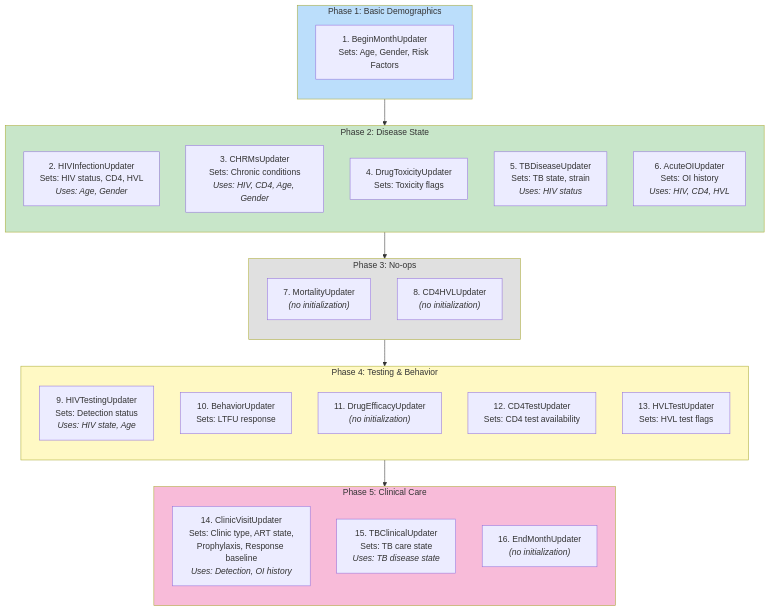
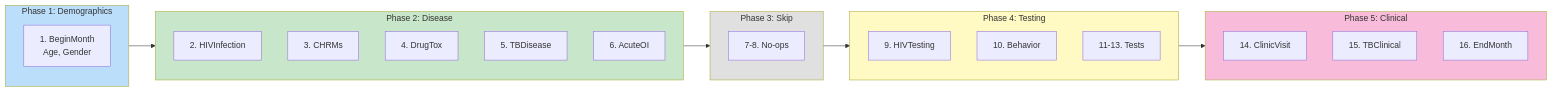
One commit to elithecat/CEPAC changed the second of 8 diagrams in docs/patient_initialization_guide.md. Above: the diagram before and after it, drawn with Mermaid. The commit also changed other lines of this file, not shown here.

First line of the commit message:
Fix Mermaid diagram overlaps and cat drinks YOUR water

````diff
--- a/docs/patient_initialization_guide.md
+++ b/docs/patient_initialization_guide.md
@@ -64,49 +64,38 @@
 ```mermaid
-flowchart TD
-    subgraph Phase1["Phase 1: Basic Demographics"]
-        direction TB
-        BMU["1. BeginMonthUpdater<br/>Sets: Age, Gender, Risk Factors"]
+flowchart LR
+    subgraph Phase1["Phase 1: Demographics"]
+        BMU["1. BeginMonth<br/>Age, Gender"]
     end
 
-    subgraph Phase2["Phase 2: Disease State"]
-        direction TB
-        HIU["2. HIVInfectionUpdater<br/>Sets: HIV status, CD4, HVL<br/><i>Uses: Age, Gender</i>"]
-        CHU["3. CHRMsUpdater<br/>Sets: Chronic conditions<br/><i>Uses: HIV, CD4, Age, Gender</i>"]
-        DTU["4. DrugToxicityUpdater<br/>Sets: Toxicity flags"]
-        TDU["5. TBDiseaseUpdater<br/>Sets: TB state, strain<br/><i>Uses: HIV status</i>"]
-        AOU["6. AcuteOIUpdater<br/>Sets: OI history<br/><i>Uses: HIV, CD4, HVL</i>"]
+    subgraph Phase2["Phase 2: Disease"]
+        HIU["2. HIVInfection"]
+        CHU["3. CHRMs"]
+        DTU["4. DrugTox"]
+        TDU["5. TBDisease"]
+        AOU["6. AcuteOI"]
     end
 
-    subgraph Phase3["Phase 3: No-ops"]
-        direction TB
-        MOU["7. MortalityUpdater<br/><i>(no initialization)</i>"]
-        CDU["8. CD4HVLUpdater<br/><i>(no initialization)</i>"]
+    subgraph Phase3["Phase 3: Skip"]
+        MOU["7-8. No-ops"]
     end
 
-    subgraph Phase4["Phase 4: Testing & Behavior"]
-        direction TB
-        HTU["9. HIVTestingUpdater<br/>Sets: Detection status<br/><i>Uses: HIV state, Age</i>"]
-        BEU["10. BehaviorUpdater<br/>Sets: LTFU response"]
-        DEU["11. DrugEfficacyUpdater<br/><i>(no initialization)</i>"]
-        C4U["12. CD4TestUpdater<br/>Sets: CD4 test availability"]
-        HVU["13. HVLTestUpdater<br/>Sets: HVL test flags"]
+    subgraph Phase4["Phase 4: Testing"]
+        HTU["9. HIVTesting"]
+        BEU["10. Behavior"]
+        DEU["11-13. Tests"]
     end
 
-    subgraph Phase5["Phase 5: Clinical Care"]
-        direction TB
-        CVU["14. ClinicVisitUpdater<br/>Sets: Clinic type, ART state,<br/>Prophylaxis, Response baseline<br/><i>Uses: Detection, OI history</i>"]
-        TCU["15. TBClinicalUpdater<br/>Sets: TB care state<br/><i>Uses: TB disease state</i>"]
-        EMU["16. EndMonthUpdater<br/><i>(no initialization)</i>"]
+    subgraph Phase5["Phase 5: Clinical"]
+        CVU["14. ClinicVisit"]
+        TCU["15. TBClinical"]
+        EMU["16. EndMonth"]
     end
 
-    Phase1 --> Phase2
-    Phase2 --> Phase3
-    Phase3 --> Phase4
-    Phase4 --> Phase5
+    Phase1 --> Phase2 --> Phase3 --> Phase4 --> Phase5
 
     style Phase1 fill:#bbdefb
     style Phase2 fill:#c8e6c9
     style Phase3 fill:#e0e0e0
     style Phase4 fill:#fff9c4
     style Phase5 fill:#f8bbd9
 ```
````
